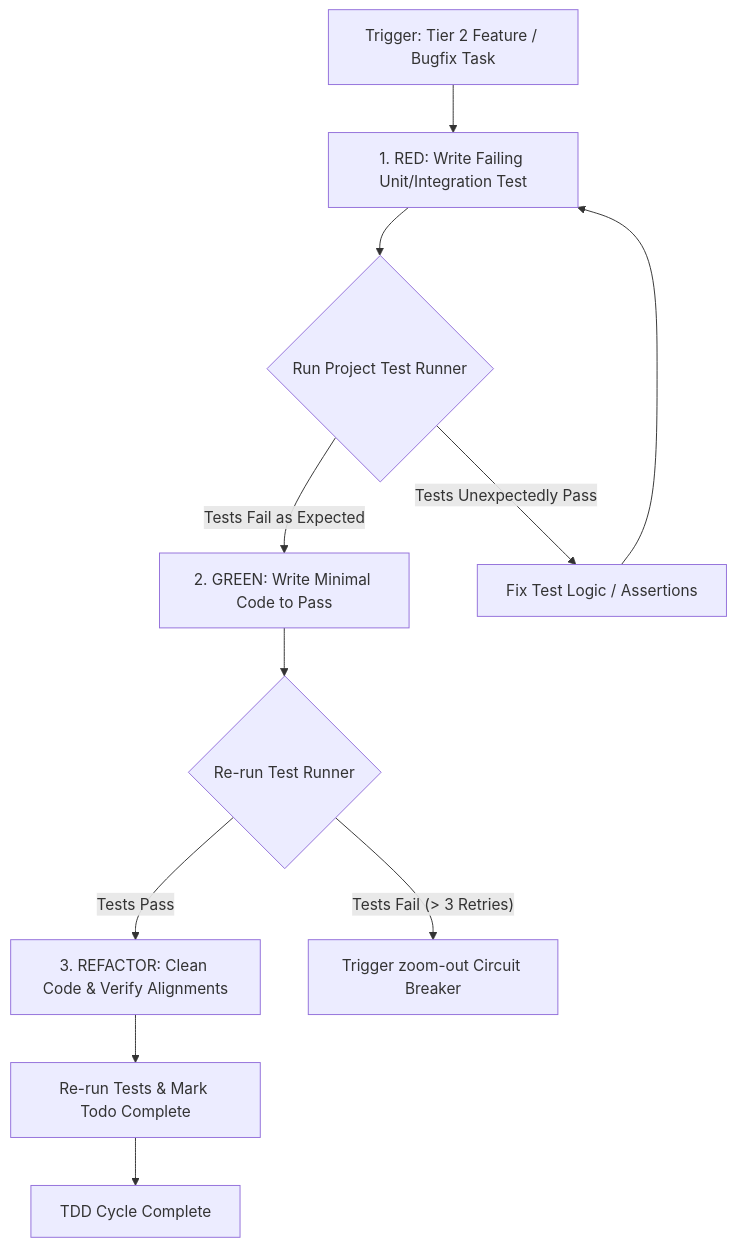
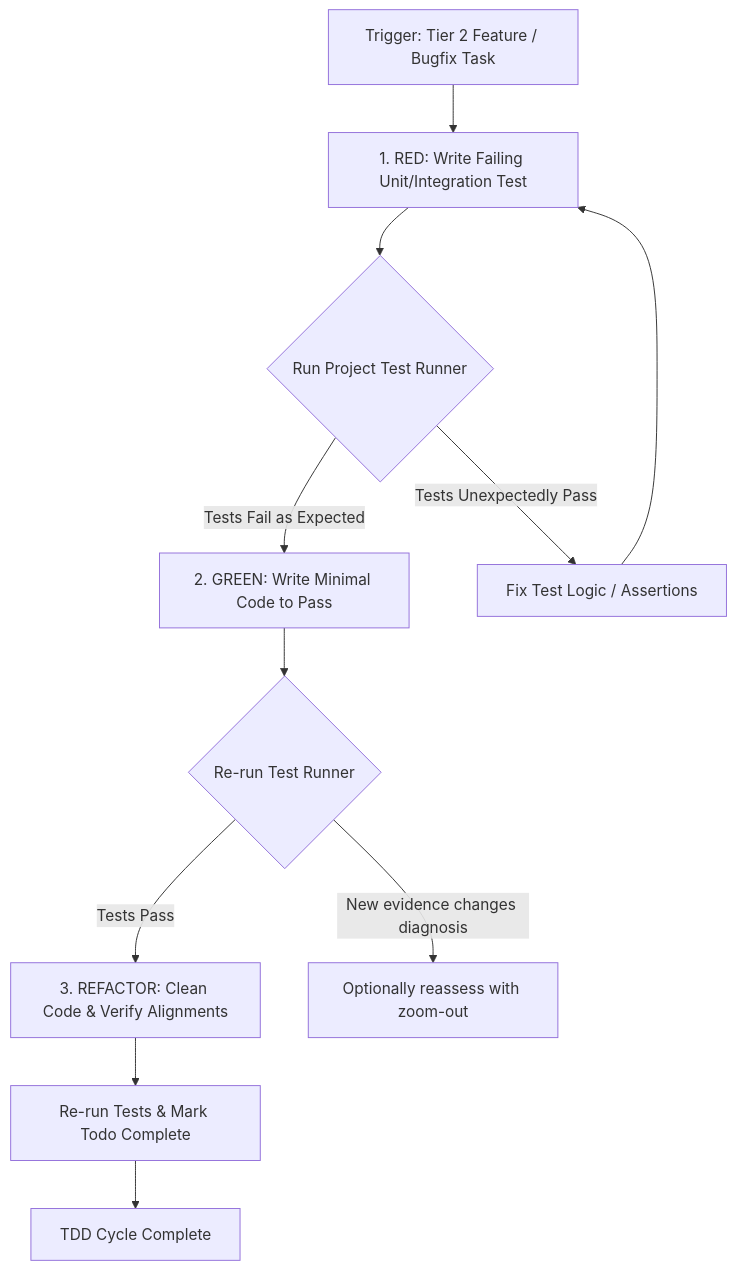
Before and after one commit to dyphn1/Harness-everything: the diagram in tdd/references/core-discipline.md, drawn with Mermaid. The commit also changed other lines of this file and 28 other files, not shown here.

First line of the commit message:
refactor(zoom-out): rewrite zoom-out skills and evals for agent-initiated reassessment

````diff
--- a/tdd/references/core-discipline.md
+++ b/tdd/references/core-discipline.md
@@ -7,15 +7,15 @@
 ```mermaid
 flowchart TD
     Start[Trigger: Tier 2 Feature / Bugfix Task] --> Red[1. RED: Write Failing Unit/Integration Test]
     Red --> TestRunner{Run Project Test Runner}
 
     TestRunner -- Tests Fail as Expected --> Green[2. GREEN: Write Minimal Code to Pass]
     TestRunner -- Tests Unexpectedly Pass --> FixTest[Fix Test Logic / Assertions] --> Red
 
     Green --> CheckPass{Re-run Test Runner}
     CheckPass -- Tests Pass --> Refactor[3. REFACTOR: Clean Code & Verify Alignments]
-    CheckPass -- Tests Fail (> 3 Retries) --> ZoomOut[Trigger zoom-out Circuit Breaker]
+    CheckPass -- New evidence changes diagnosis --> ZoomOut[Optionally reassess with zoom-out]
 
     Refactor --> VerifyFinal[Re-run Tests & Mark Todo Complete]
     VerifyFinal --> Done[TDD Cycle Complete]
 ```
````
